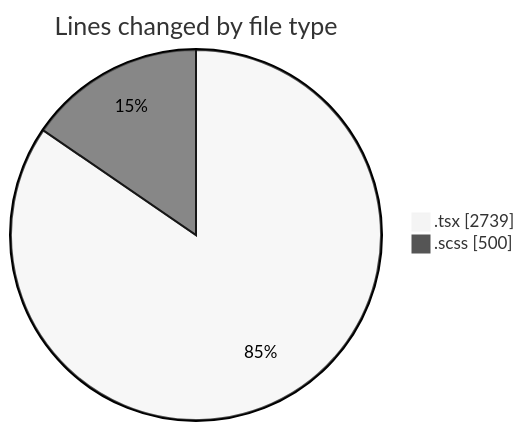
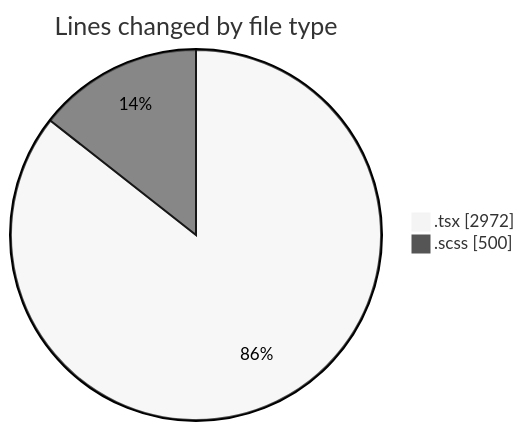
Before and after one commit to momahboobian/code-tracking: the first of 2 diagrams in 2025-04-10/cda/README.md, drawn with Mermaid (neutral theme). The commit also changed other lines of this file and 1 other file, not shown here.

````diff
--- a/2025-04-10/cda/README.md
+++ b/2025-04-10/cda/README.md
@@ -26,6 +26,6 @@
 ```mermaid
 pie showData
 title Lines changed by file type
-".tsx" : 2739
+".tsx" : 2972
 ".scss" : 500
 ```
````
